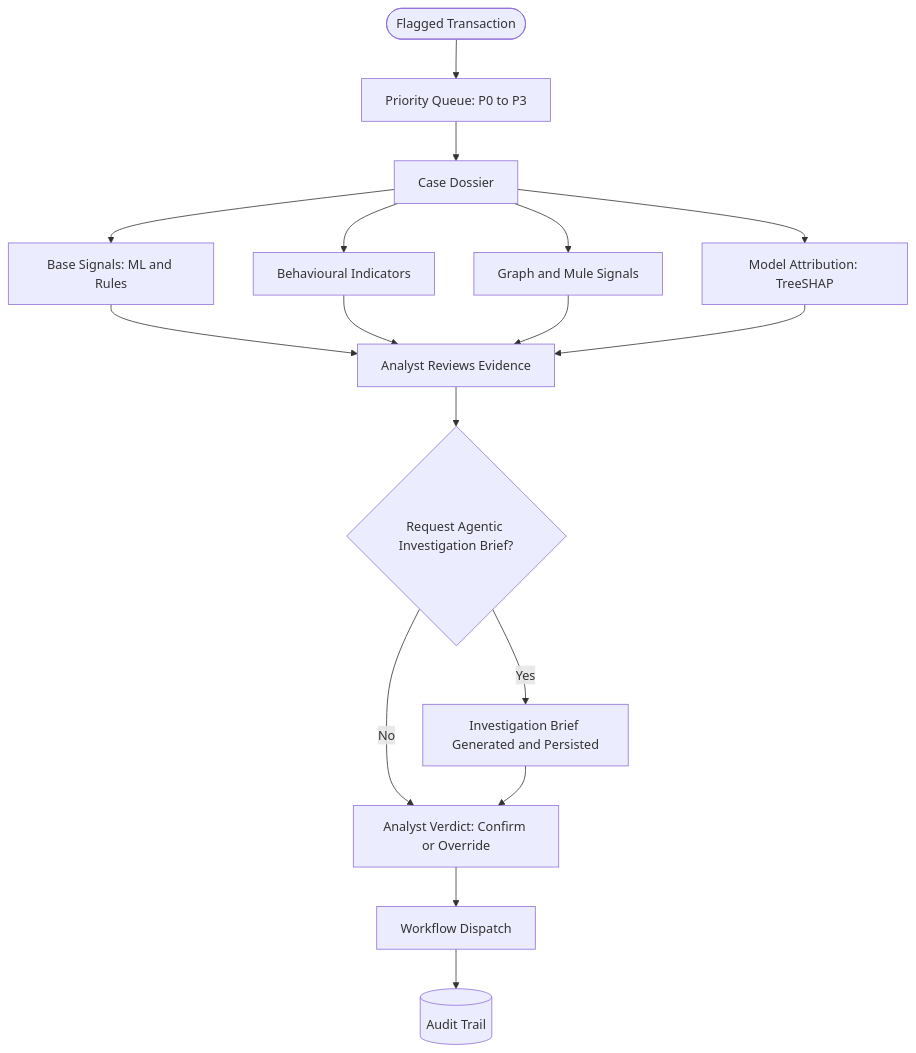
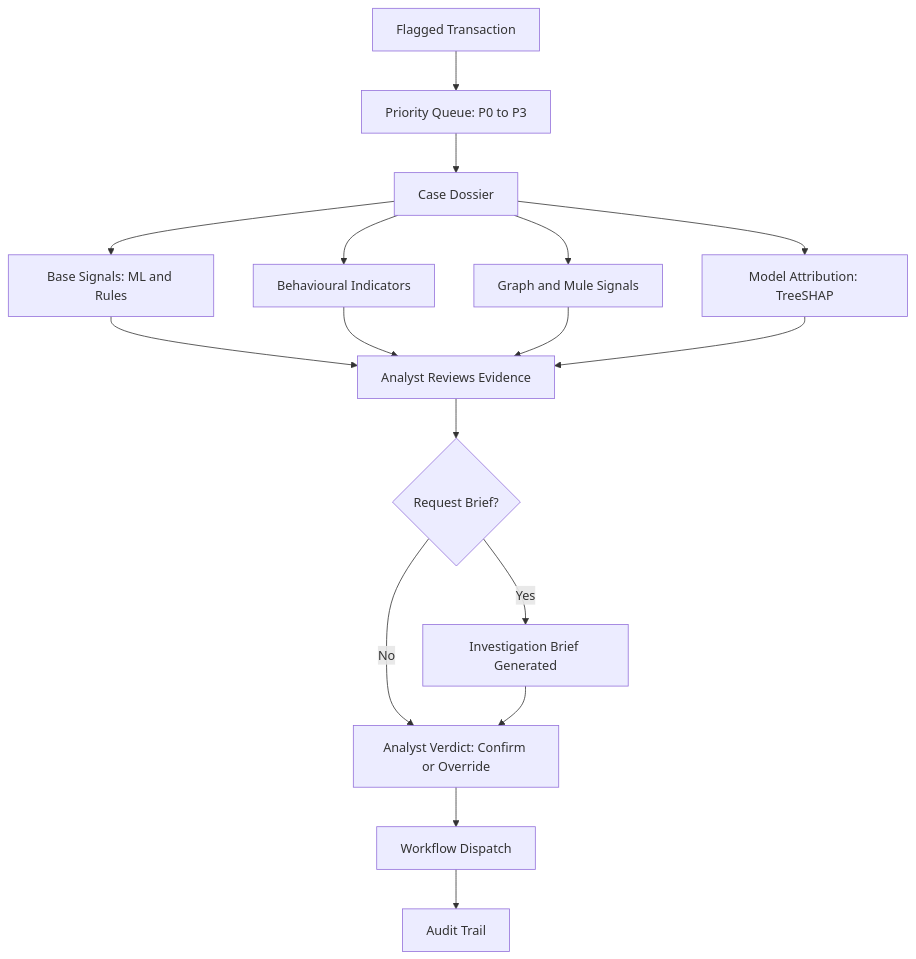
Before and after one commit to IjazKakkodDS/transaction-fraud-intelligence-console: the third of 6 diagrams in README.md, drawn with Mermaid. The commit also changed other lines of this file, not shown here.

Commit message:
Fix README Mermaid rendering

````diff
--- a/README.md
+++ b/README.md
@@ -284,16 +287,19 @@
 ```mermaid
 flowchart TD
-    A(["Flagged Transaction"]) --> B["Priority Queue: P0 to P3"]
+    A["Flagged Transaction"] --> B["Priority Queue: P0 to P3"]
     B --> C["Case Dossier"]
     C --> D["Base Signals: ML and Rules"]
     C --> E["Behavioural Indicators"]
     C --> F["Graph and Mule Signals"]
     C --> G["Model Attribution: TreeSHAP"]
-    D & E & F & G --> H["Analyst Reviews Evidence"]
-    H --> I{"Request Agentic Investigation Brief?"}
-    I -->|Yes| J["Investigation Brief Generated and Persisted"]
+    D --> H["Analyst Reviews Evidence"]
+    E --> H
+    F --> H
+    G --> H
+    H --> I{"Request Brief?"}
+    I -->|Yes| J["Investigation Brief Generated"]
     I -->|No| K["Analyst Verdict: Confirm or Override"]
     J --> K
     K --> L["Workflow Dispatch"]
-    L --> M[("Audit Trail")]
+    L --> M["Audit Trail"]
 ```
````
